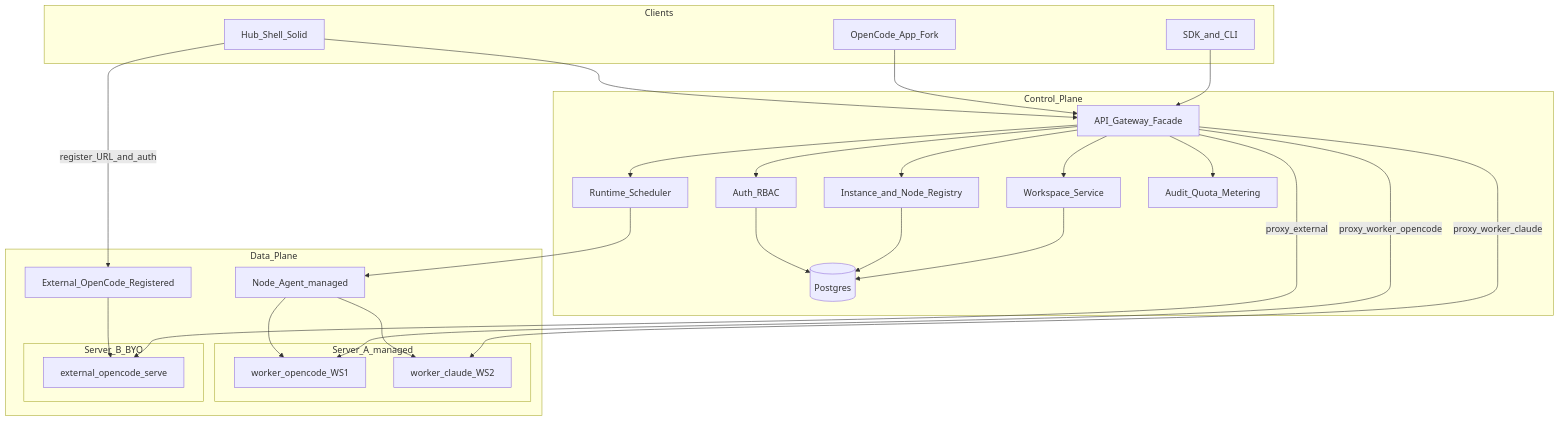
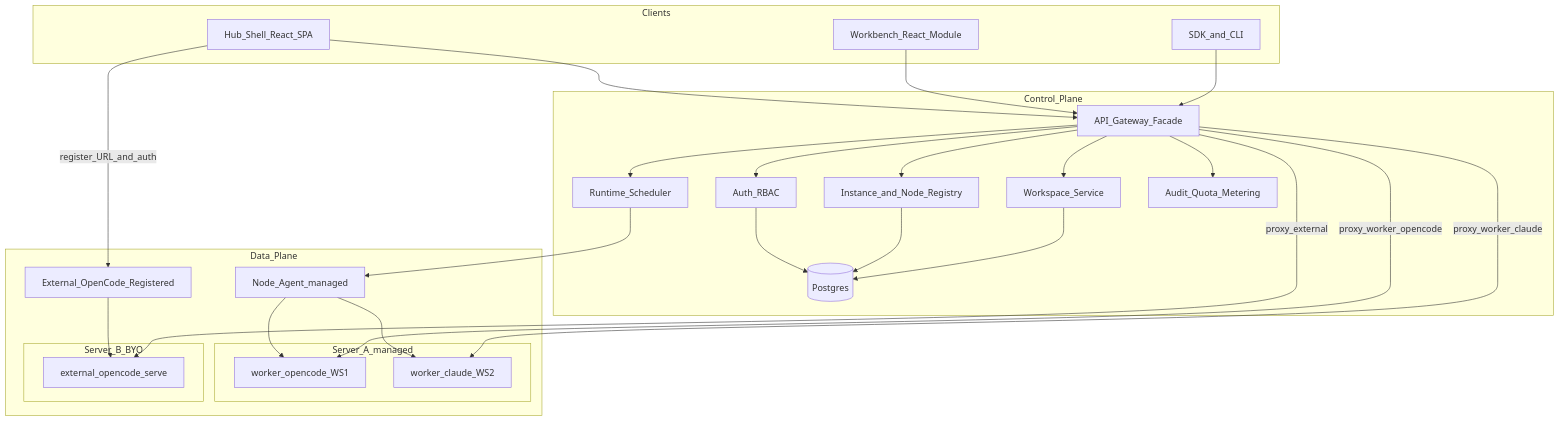
One commit to JackLuguibin/AgentHubEx changed the first of 6 diagrams in .cursor/plans/多租户_agent_平台_c205364b.plan.md. Above: the diagram before and after it, drawn with Mermaid. The commit also changed other lines of this file and 18 other files, not shown here.

First line of the commit message:
docs: align architecture on React SPA, Drizzle, open-source, intranet

````diff
--- a/.cursor/plans/多租户_agent_平台_c205364b.plan.md
+++ b/.cursor/plans/多租户_agent_平台_c205364b.plan.md
@@ -72,50 +80,50 @@
 ```mermaid
 flowchart TB
   subgraph clients [Clients]
-    HubShell[Hub_Shell_Solid]
-    Workbench[OpenCode_App_Fork]
+    HubShell[Hub_Shell_React_SPA]
+    Workbench[Workbench_React_Module]
     APIClients[SDK_and_CLI]
   end
 
   subgraph control [Control_Plane]
     Gateway[API_Gateway_Facade]
     Auth[Auth_RBAC]
     Registry[Instance_and_Node_Registry]
     Scheduler[Runtime_Scheduler]
     WorkspaceSvc[Workspace_Service]
     Audit[Audit_Quota_Metering]
     MetaDB[(Postgres)]
   end
 
   subgraph data [Data_Plane]
     Agent[Node_Agent_managed]
     ExtReg[External_OpenCode_Registered]
     subgraph nodeA [Server_A_managed]
       WOc[worker_opencode_WS1]
       WCl[worker_claude_WS2]
     end
     subgraph nodeB [Server_B_BYO]
       ExtOc[external_opencode_serve]
     end
   end
 
   HubShell --> Gateway
   Workbench --> Gateway
   APIClients --> Gateway
   Gateway --> Auth
   Gateway --> Registry
   Gateway --> Scheduler
   Gateway --> WorkspaceSvc
   Gateway --> Audit
   Auth --> MetaDB
   Registry --> MetaDB
   WorkspaceSvc --> MetaDB
   Scheduler --> Agent
   HubShell -->|"register_URL_and_auth"| ExtReg
   ExtReg --> ExtOc
   Agent --> WOc
   Agent --> WCl
   Gateway -->|"proxy_worker_opencode"| WOc
   Gateway -->|"proxy_external"| ExtOc
   Gateway -->|"proxy_worker_claude"| WCl
 ```
````
